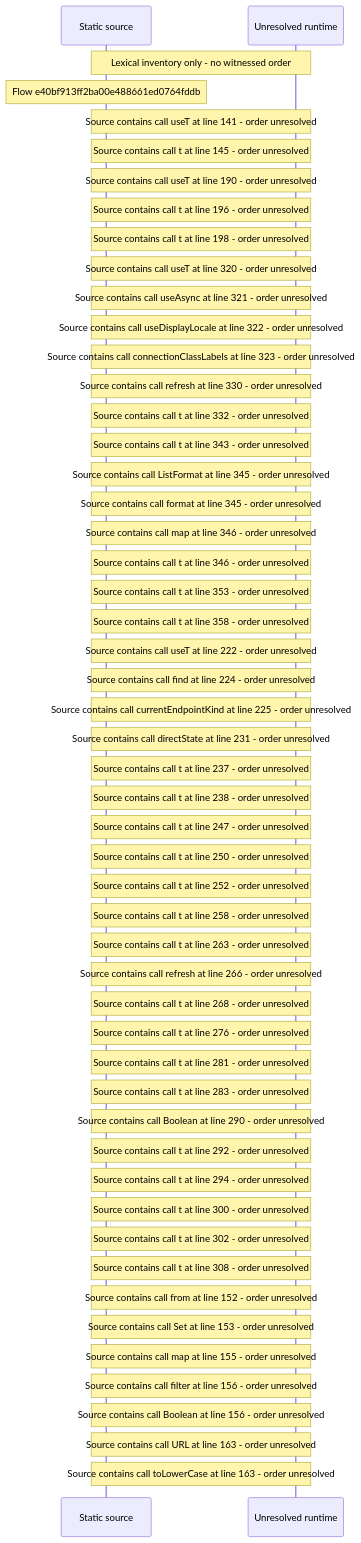
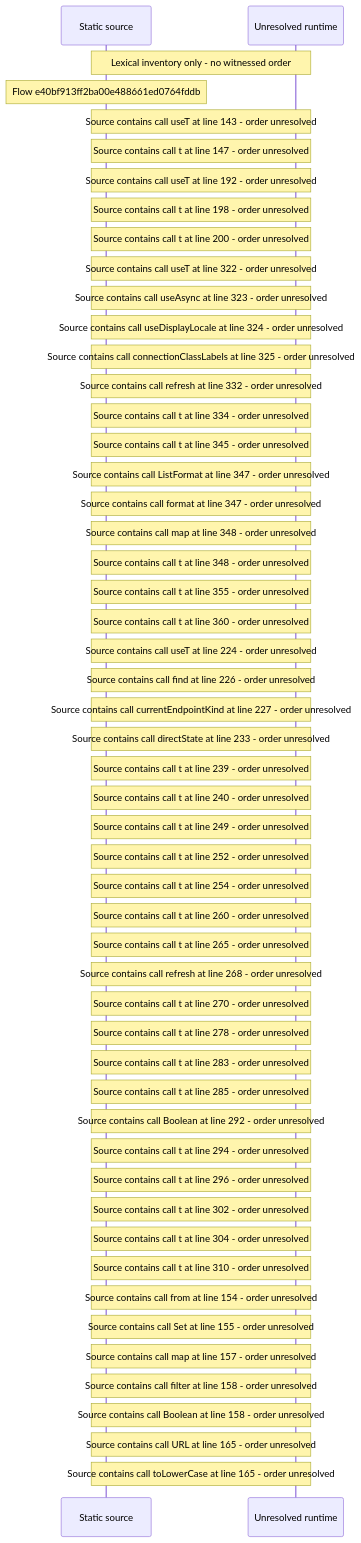
The diagram in docs/web/flows/generated/e40bf913ff2ba00e488661ed0764fddb/flow-diagram.md (beamfall/core), drawn with Mermaid before and after one commit. The commit also changed other lines of this file and 714 other files, not shown here.

Commit message:
Regenerate the web flow record after the main merge (CORE-1762)

````diff
--- a/docs/web/flows/generated/e40bf913ff2ba00e488661ed0764fddb/flow-diagram.md
+++ b/docs/web/flows/generated/e40bf913ff2ba00e488661ed0764fddb/flow-diagram.md
@@ -10,54 +10,54 @@
 ```mermaid
 sequenceDiagram
     participant S as Static source
     participant U as Unresolved runtime
     Note over S,U: Lexical inventory only - no witnessed order
     Note over S: Flow e40bf913ff2ba00e488661ed0764fddb
-    Note over S,U: Source contains call useT at line 141 - order unresolved
-    Note over S,U: Source contains call t at line 145 - order unresolved
-    Note over S,U: Source contains call useT at line 190 - order unresolved
-    Note over S,U: Source contains call t at line 196 - order unresolved
+    Note over S,U: Source contains call useT at line 143 - order unresolved
+    Note over S,U: Source contains call t at line 147 - order unresolved
+    Note over S,U: Source contains call useT at line 192 - order unresolved
     Note over S,U: Source contains call t at line 198 - order unresolved
-    Note over S,U: Source contains call useT at line 320 - order unresolved
-    Note over S,U: Source contains call useAsync at line 321 - order unresolved
-    Note over S,U: Source contains call useDisplayLocale at line 322 - order unresolved
-    Note over S,U: Source contains call connectionClassLabels at line 323 - order unresolved
-    Note over S,U: Source contains call refresh at line 330 - order unresolved
-    Note over S,U: Source contains call t at line 332 - order unresolved
-    Note over S,U: Source contains call t at line 343 - order unresolved
-    Note over S,U: Source contains call ListFormat at line 345 - order unresolved
-    Note over S,U: Source contains call format at line 345 - order unresolved
-    Note over S,U: Source contains call map at line 346 - order unresolved
-    Note over S,U: Source contains call t at line 346 - order unresolved
-    Note over S,U: Source contains call t at line 353 - order unresolved
-    Note over S,U: Source contains call t at line 358 - order unresolved
-    Note over S,U: Source contains call useT at line 222 - order unresolved
-    Note over S,U: Source contains call find at line 224 - order unresolved
-    Note over S,U: Source contains call currentEndpointKind at line 225 - order unresolved
-    Note over S,U: Source contains call directState at line 231 - order unresolved
-    Note over S,U: Source contains call t at line 237 - order unresolved
-    Note over S,U: Source contains call t at line 238 - order unresolved
-    Note over S,U: Source contains call t at line 247 - order unresolved
-    Note over S,U: Source contains call t at line 250 - order unresolved
+    Note over S,U: Source contains call t at line 200 - order unresolved
+    Note over S,U: Source contains call useT at line 322 - order unresolved
+    Note over S,U: Source contains call useAsync at line 323 - order unresolved
+    Note over S,U: Source contains call useDisplayLocale at line 324 - order unresolved
+    Note over S,U: Source contains call connectionClassLabels at line 325 - order unresolved
+    Note over S,U: Source contains call refresh at line 332 - order unresolved
+    Note over S,U: Source contains call t at line 334 - order unresolved
+    Note over S,U: Source contains call t at line 345 - order unresolved
+    Note over S,U: Source contains call ListFormat at line 347 - order unresolved
+    Note over S,U: Source contains call format at line 347 - order unresolved
+    Note over S,U: Source contains call map at line 348 - order unresolved
+    Note over S,U: Source contains call t at line 348 - order unresolved
+    Note over S,U: Source contains call t at line 355 - order unresolved
+    Note over S,U: Source contains call t at line 360 - order unresolved
+    Note over S,U: Source contains call useT at line 224 - order unresolved
+    Note over S,U: Source contains call find at line 226 - order unresolved
+    Note over S,U: Source contains call currentEndpointKind at line 227 - order unresolved
+    Note over S,U: Source contains call directState at line 233 - order unresolved
+    Note over S,U: Source contains call t at line 239 - order unresolved
+    Note over S,U: Source contains call t at line 240 - order unresolved
+    Note over S,U: Source contains call t at line 249 - order unresolved
     Note over S,U: Source contains call t at line 252 - order unresolved
-    Note over S,U: Source contains call t at line 258 - order unresolved
-    Note over S,U: Source contains call t at line 263 - order unresolved
-    Note over S,U: Source contains call refresh at line 266 - order unresolved
-    Note over S,U: Source contains call t at line 268 - order unresolved
-    Note over S,U: Source contains call t at line 276 - order unresolved
-    Note over S,U: Source contains call t at line 281 - order unresolved
+    Note over S,U: Source contains call t at line 254 - order unresolved
+    Note over S,U: Source contains call t at line 260 - order unresolved
+    Note over S,U: Source contains call t at line 265 - order unresolved
+    Note over S,U: Source contains call refresh at line 268 - order unresolved
+    Note over S,U: Source contains call t at line 270 - order unresolved
+    Note over S,U: Source contains call t at line 278 - order unresolved
     Note over S,U: Source contains call t at line 283 - order unresolved
-    Note over S,U: Source contains call Boolean at line 290 - order unresolved
-    Note over S,U: Source contains call t at line 292 - order unresolved
+    Note over S,U: Source contains call t at line 285 - order unresolved
+    Note over S,U: Source contains call Boolean at line 292 - order unresolved
     Note over S,U: Source contains call t at line 294 - order unresolved
-    Note over S,U: Source contains call t at line 300 - order unresolved
+    Note over S,U: Source contains call t at line 296 - order unresolved
     Note over S,U: Source contains call t at line 302 - order unresolved
-    Note over S,U: Source contains call t at line 308 - order unresolved
-    Note over S,U: Source contains call from at line 152 - order unresolved
-    Note over S,U: Source contains call Set at line 153 - order unresolved
-    Note over S,U: Source contains call map at line 155 - order unresolved
-    Note over S,U: Source contains call filter at line 156 - order unresolved
-    Note over S,U: Source contains call Boolean at line 156 - order unresolved
-    Note over S,U: Source contains call URL at line 163 - order unresolved
-    Note over S,U: Source contains call toLowerCase at line 163 - order unresolved
+    Note over S,U: Source contains call t at line 304 - order unresolved
+    Note over S,U: Source contains call t at line 310 - order unresolved
+    Note over S,U: Source contains call from at line 154 - order unresolved
+    Note over S,U: Source contains call Set at line 155 - order unresolved
+    Note over S,U: Source contains call map at line 157 - order unresolved
+    Note over S,U: Source contains call filter at line 158 - order unresolved
+    Note over S,U: Source contains call Boolean at line 158 - order unresolved
+    Note over S,U: Source contains call URL at line 165 - order unresolved
+    Note over S,U: Source contains call toLowerCase at line 165 - order unresolved
 ```
````
